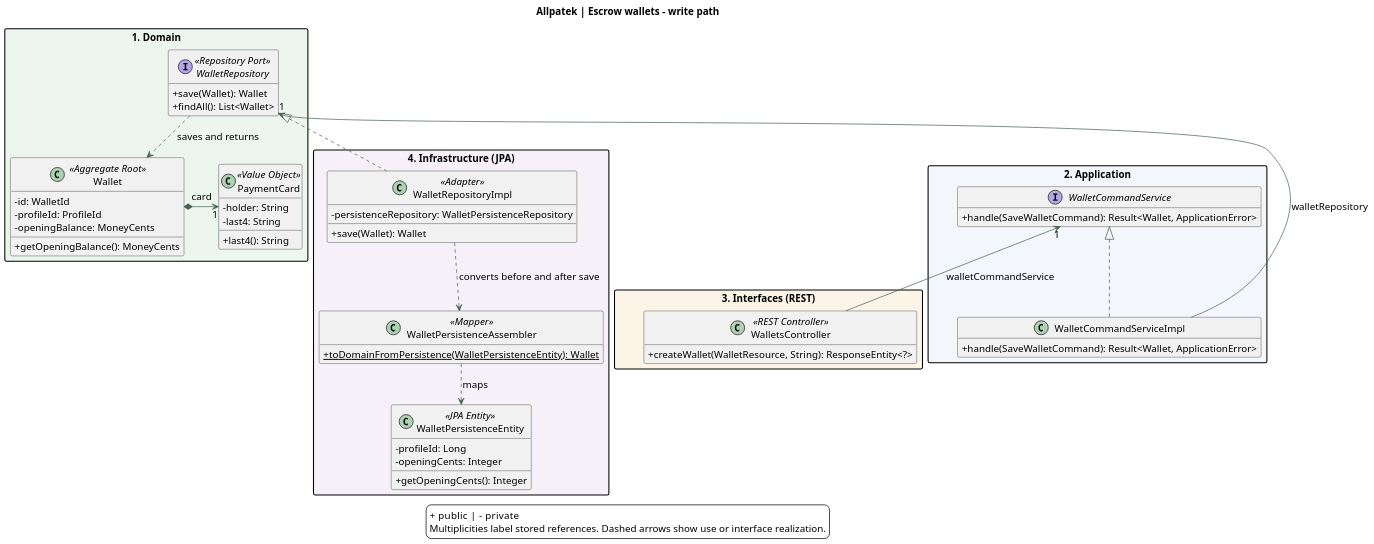
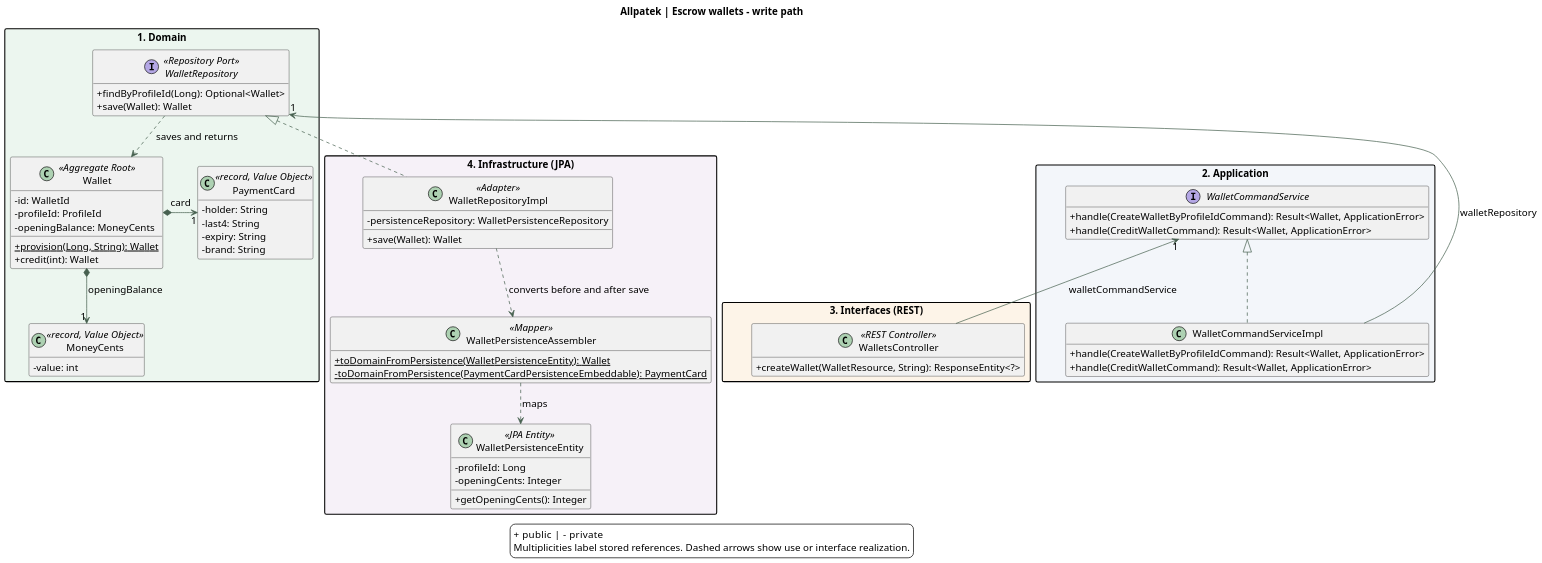
One commit to upc-pre-202620-1asi0729-7753-Terranova/allpatek-report changed the diagram in assets/chapter-04/architecture/11-classes-payments.puml. Above: the diagram before and after it, drawn with PlantUML. The commit also changed 3 other files, not shown here.

Commit message:
docs(uml): model wallet provisioning and balance credits

```diff
--- a/assets/chapter-04/architecture/11-classes-payments.puml
+++ b/assets/chapter-04/architecture/11-classes-payments.puml
@@ -1,74 +1,83 @@
 @startuml
 !pragma layout smetana
 skinparam backgroundColor white
 skinparam defaultFontName SansSerif
 skinparam defaultFontSize 14
 skinparam shadowing false
 skinparam classAttributeIconSize 0
 skinparam ArrowColor #476050
 skinparam packageStyle rectangle
 skinparam dpi 140
 hide empty members
 top to bottom direction
 title Allpatek | Escrow wallets - write path
 
 package "1. Domain" as Domain #ECF6EF {
+  class MoneyCents <<record, Value Object>> {
+    -value: int
+  }
   class Wallet <<Aggregate Root>> {
     -id: WalletId
     -profileId: ProfileId
     -openingBalance: MoneyCents
-    +getOpeningBalance(): MoneyCents
+    {static} +provision(Long, String): Wallet
+    +credit(int): Wallet
   }
-  class PaymentCard <<Value Object>> {
+  class PaymentCard <<record, Value Object>> {
     -holder: String
     -last4: String
-    +last4(): String
+    -expiry: String
+    -brand: String
   }
   interface WalletRepository <<Repository Port>> {
+    +findByProfileId(Long): Optional<Wallet>
     +save(Wallet): Wallet
-    +findAll(): List<Wallet>
   }
   Wallet *-right-> "1" PaymentCard : card
   WalletRepository ..> Wallet : saves and returns
 }
 package "2. Application" as Application #F3F6FA {
   interface WalletCommandService {
-    +handle(SaveWalletCommand): Result<Wallet, ApplicationError>
+    +handle(CreateWalletByProfileIdCommand): Result<Wallet, ApplicationError>
+    +handle(CreditWalletCommand): Result<Wallet, ApplicationError>
   }
   class WalletCommandServiceImpl {
-    +handle(SaveWalletCommand): Result<Wallet, ApplicationError>
+    +handle(CreateWalletByProfileIdCommand): Result<Wallet, ApplicationError>
+    +handle(CreditWalletCommand): Result<Wallet, ApplicationError>
   }
   WalletCommandService <|.. WalletCommandServiceImpl
 }
 package "3. Interfaces (REST)" as Interfaces #FDF4E8 {
   class WalletsController <<REST Controller>> {
     +createWallet(WalletResource, String): ResponseEntity<?>
   }
 }
 package "4. Infrastructure (JPA)" as Infrastructure #F6F1F8 {
   class WalletRepositoryImpl <<Adapter>> {
     -persistenceRepository: WalletPersistenceRepository
     +save(Wallet): Wallet
   }
   class WalletPersistenceAssembler <<Mapper>> {
     {static} +toDomainFromPersistence(WalletPersistenceEntity): Wallet
+    {static} -toDomainFromPersistence(PaymentCardPersistenceEmbeddable): PaymentCard
   }
   class WalletPersistenceEntity <<JPA Entity>> {
     -profileId: Long
     -openingCents: Integer
     +getOpeningCents(): Integer
   }
   WalletRepositoryImpl ..> WalletPersistenceAssembler : converts before and after save
   WalletPersistenceAssembler ..> WalletPersistenceEntity : maps
 }
 WalletRepository "1" <-- WalletCommandServiceImpl : walletRepository
 WalletRepository <|.. WalletRepositoryImpl
 WalletCommandService "1" <-- WalletsController : walletCommandService
 Domain -[hidden]down-> Application
 Application -[hidden]down-> Interfaces
 
+Wallet *--> "1" MoneyCents : openingBalance
 legend bottom
 + public  |  - private
 Multiplicities label stored references. Dashed arrows show use or interface realization.
 endlegend
 @enduml
```
